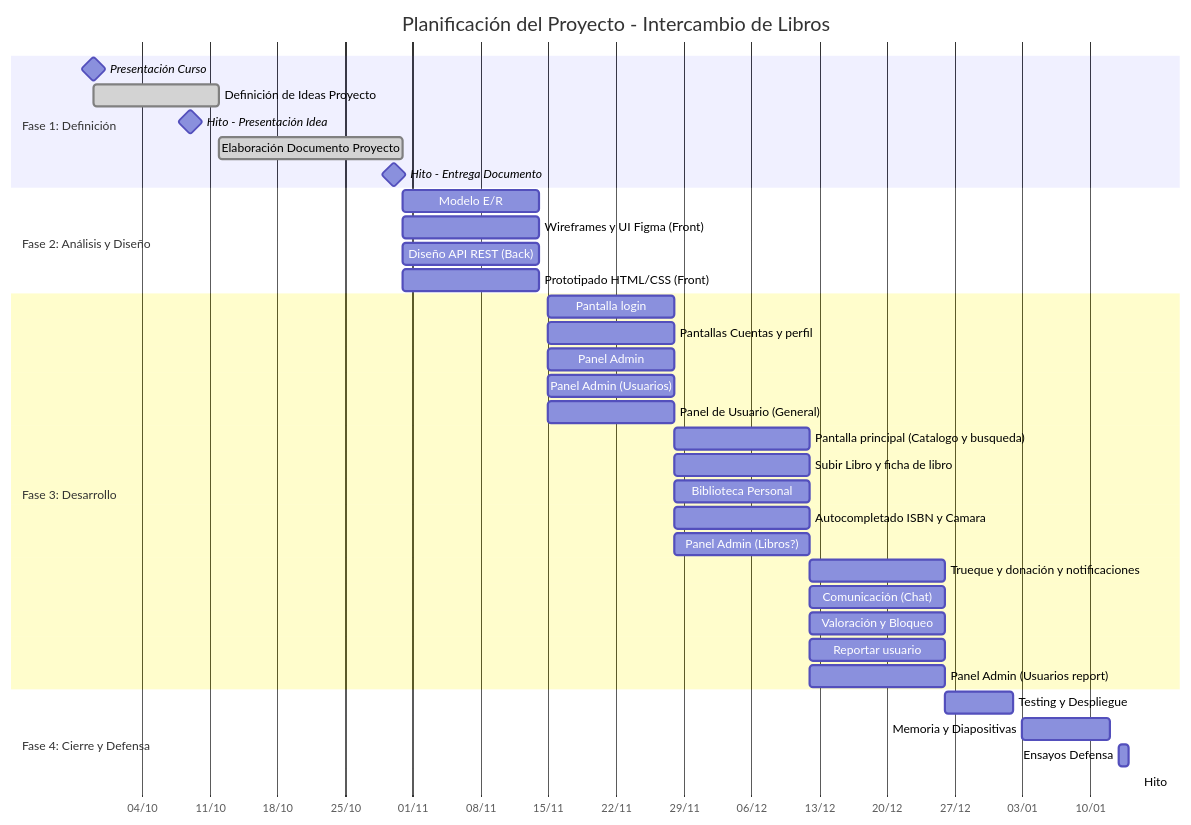
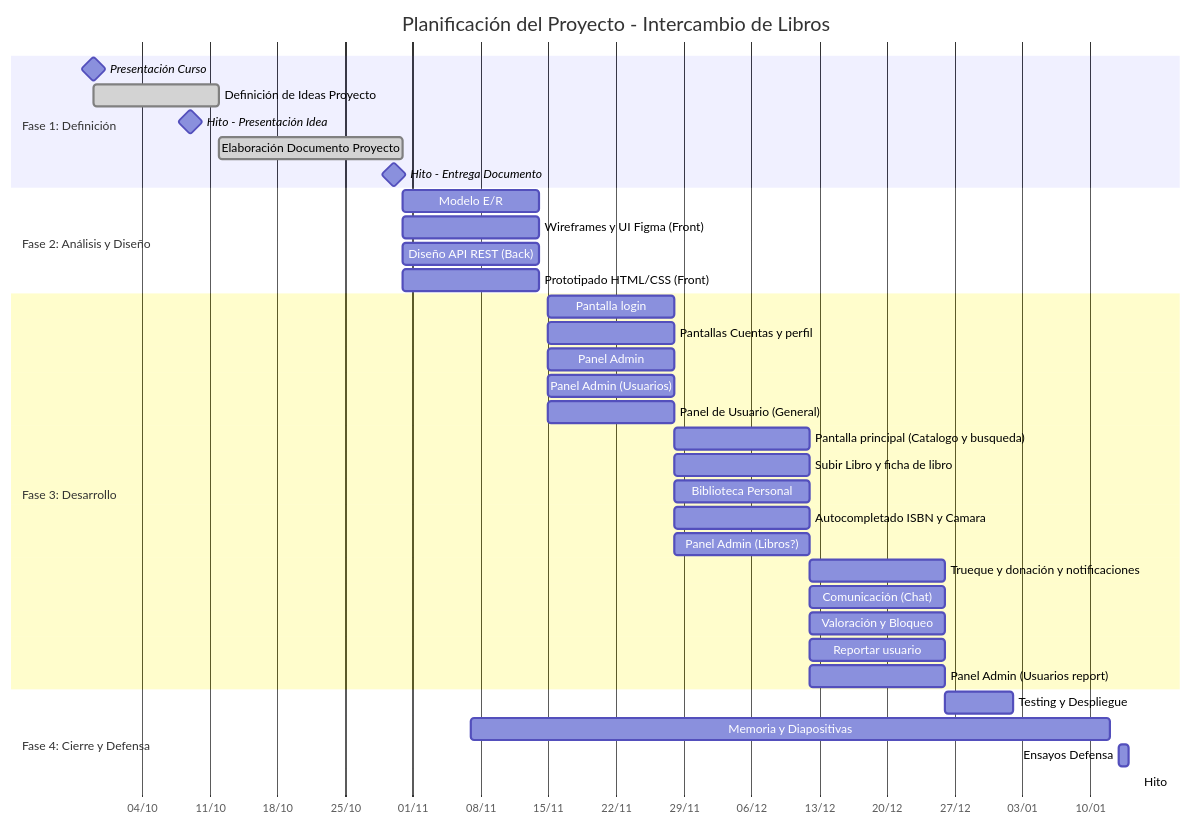
The diagram in README.md (librolibre/librolibre), drawn with Mermaid before and after one commit.

Commit message:
Actualizamos el Readme (#90)
## Qué cambia

<!-- Una o dos frases. -->

## Tarjeta de Trello

<!-- Enlace a la tarjeta. -->

## Capa

- [ ] Diseño / maqueta
- [ ] Front end (Angular)
- [ ] Back end (Laravel)
- [ ] Base de datos
- [ ] Documentación

## Cómo probarlo

1.
2.

## Checklist

- [ ] La rama sale de `develop` y el PR apunta a `develop`
- [ ] He probado el cambio en local
- [ ] Los tests pasan (y he añadido tests si hacía falta)
- [ ] No hay archivos `.env` ni contraseñas en el código
- [ ] Capturas de pantalla añadidas si cambia la interfaz

````diff
--- a/README.md
+++ b/README.md
@@ -13,42 +13,42 @@
 ```mermaid
 gantt
     title Planificación del Proyecto - Intercambio de Libros
     dateFormat  YYYY-MM-DD
     axisFormat %d/%m
     
     section Fase 1: Definición
     Presentación Curso              :milestone, 2026-09-29, 0d
     Definición de Ideas Proyecto    :done, 2026-09-29, 2026-10-12
     Hito - Presentación Idea        :milestone, 2026-10-09, 0d
     Elaboración Documento Proyecto  :done, 2026-10-12, 2026-10-31
     Hito - Entrega Documento        :milestone, 2026-10-30, 0d
 
     section Fase 2: Análisis y Diseño
     Modelo E/R                      :2026-10-31, 2026-11-14
     Wireframes y UI Figma (Front)   :2026-10-31, 2026-11-14
     Diseño API REST (Back)          :2026-10-31, 2026-11-14
     Prototipado HTML/CSS (Front)    :2026-10-31, 2026-11-14
 
     section Fase 3: Desarrollo
     Pantalla login                  :2026-11-15, 2026-11-28
     Pantallas Cuentas y perfil      :2026-11-15, 2026-11-28
     Panel Admin                     :2026-11-15, 2026-11-28
     Panel Admin (Usuarios)          :2026-11-15, 2026-11-28
     Panel de Usuario (General)      :2026-11-15, 2026-11-28
     Pantalla principal (Catalogo y busqueda)              :2026-11-28, 2026-12-12
     Subir Libro y ficha de libro    :2026-11-28, 2026-12-12
     Biblioteca Personal             :2026-11-28, 2026-12-12
     Autocompletado ISBN y Camara    :2026-11-28, 2026-12-12
     Panel Admin (Libros?)           :2026-11-28, 2026-12-12
     Trueque y donación y notificaciones                    :2026-12-12, 2026-12-26
     Comunicación (Chat)             :2026-12-12, 2026-12-26
     Valoración y Bloqueo            :2026-12-12, 2026-12-26
     Reportar usuario                :2026-12-12, 2026-12-26
     Panel Admin (Usuarios report)   :2026-12-12, 2026-12-26
 
     section Fase 4: Cierre y Defensa
     Testing y Despliegue           :2026-12-26, 2027-01-02
-    Memoria y Diapositivas         :2027-01-03, 2027-01-12
+    Memoria y Diapositivas         :2026-11-07, 2027-01-12
     Ensayos Defensa                :2027-01-13, 2027-01-14
     Hito: Defensa Oral             :milestone, 2027-01-15, 0d
 ```
````
